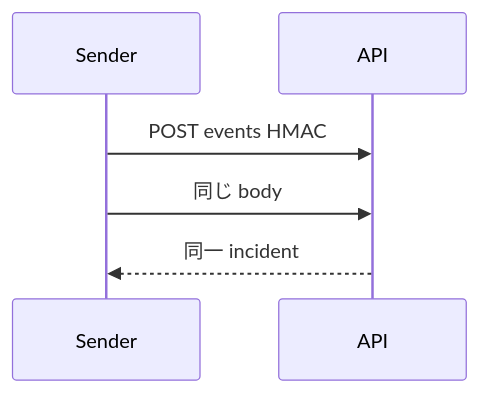
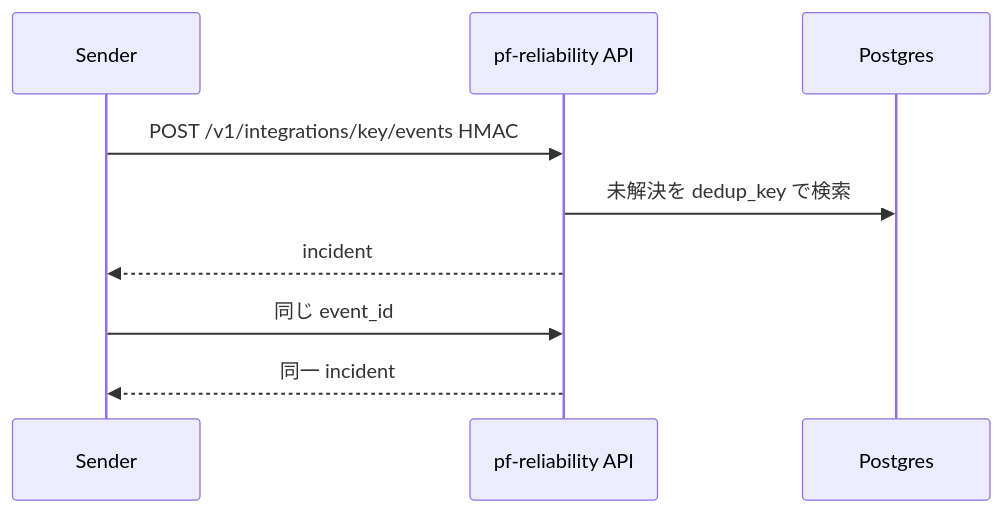
The second of 3 diagrams in portfolio-plan/reliability-platform/docs/06-diagrams.md (maeplego/portfolio-plan), drawn with Mermaid before and after one commit. The commit also changed other lines of this file and 111 other files, not shown here.

````diff
--- a/portfolio-plan/reliability-platform/docs/06-diagrams.md
+++ b/portfolio-plan/reliability-platform/docs/06-diagrams.md
@@ -20,8 +23,11 @@
 ```mermaid
 sequenceDiagram
   participant S as Sender
-  participant A as API
-  S->>A: POST events HMAC
-  S->>A: 同じ body
+  participant A as pf-reliability API
+  participant DB as Postgres
+  S->>A: POST /v1/integrations/key/events HMAC
+  A->>DB: 未解決を dedup_key で検索
+  A-->>S: incident
+  S->>A: 同じ event_id
   A-->>S: 同一 incident
 ```
````
